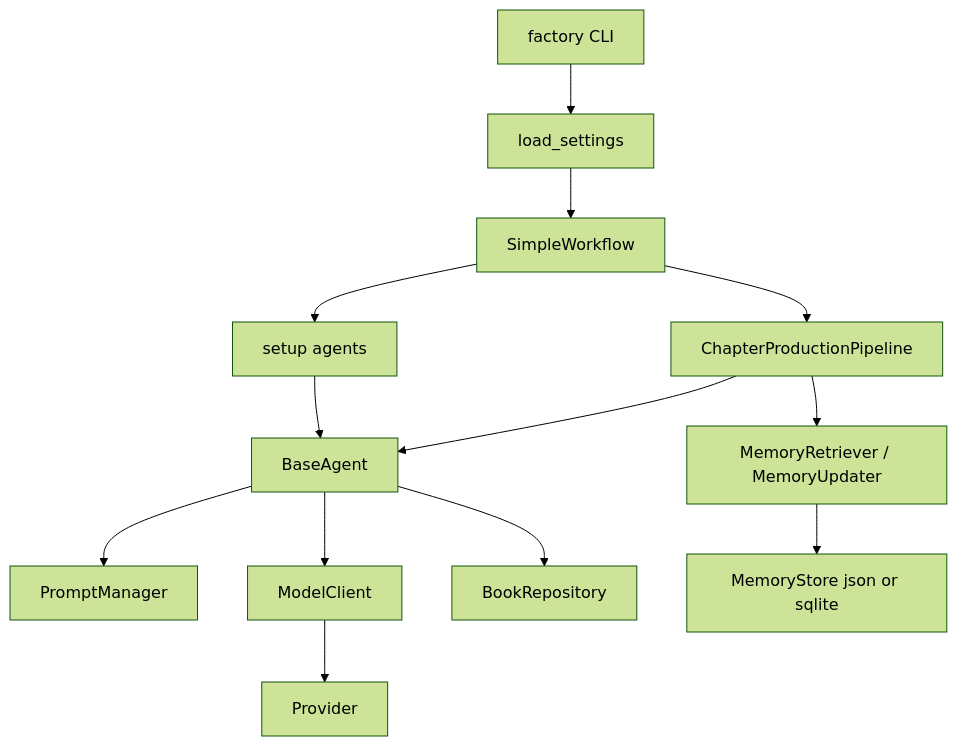
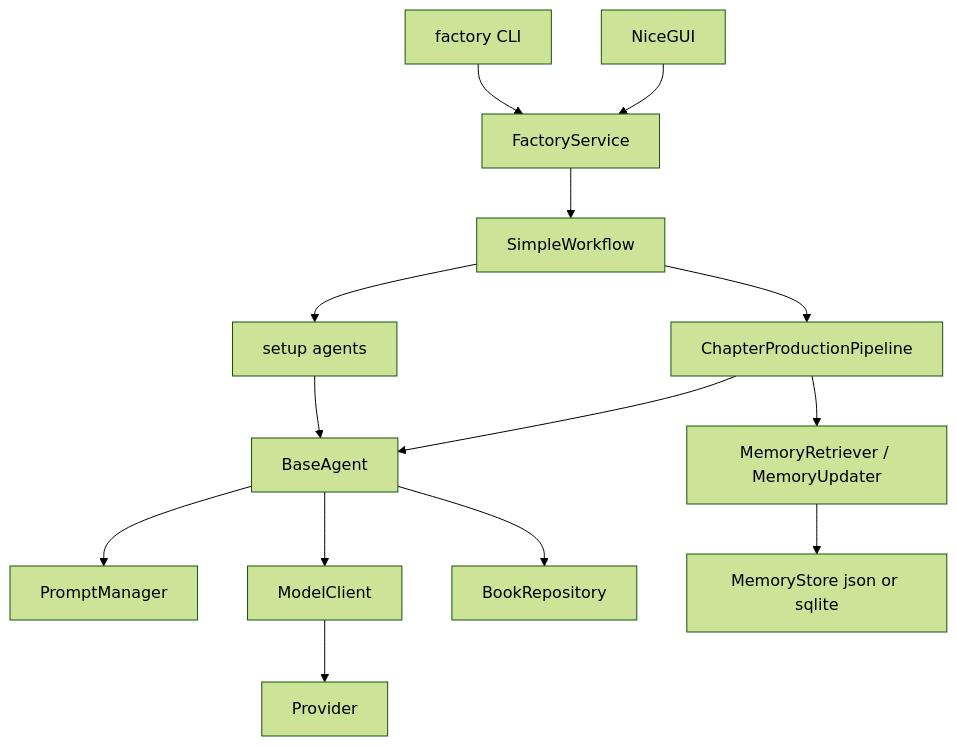
The diagram in README.md (hwen9893-cloud/factory), drawn with Mermaid (forest theme) before and after one commit. The commit also changed other lines of this file and 51 other files, not shown here.

Commit message:
Refactor novel factory GUI

````diff
--- a/README.md
+++ b/README.md
@@ -109,15 +114,16 @@
 ```mermaid
 flowchart TD
-  CLI[factory CLI] --> Settings[load_settings]
-  Settings --> WF[SimpleWorkflow]
+  CLI[factory CLI] --> SVC[FactoryService]
+  GUI[NiceGUI] --> SVC
+  SVC --> WF[SimpleWorkflow]
   WF --> Setup[setup agents]
   WF --> Pipe[ChapterProductionPipeline]
   Setup --> Agent[BaseAgent]
   Pipe --> Agent
   Agent --> PM[PromptManager]
   Agent --> MC[ModelClient]
   MC --> P[Provider]
   Agent --> Repo[BookRepository]
   Pipe --> Mem[MemoryRetriever / MemoryUpdater]
   Mem --> Store[MemoryStore json or sqlite]
 ```
````
